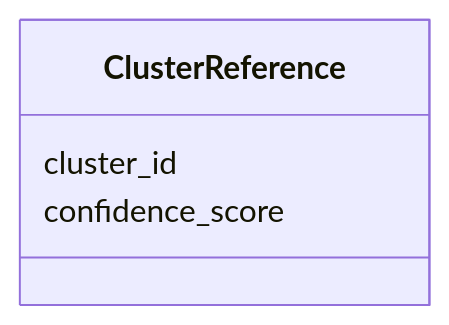
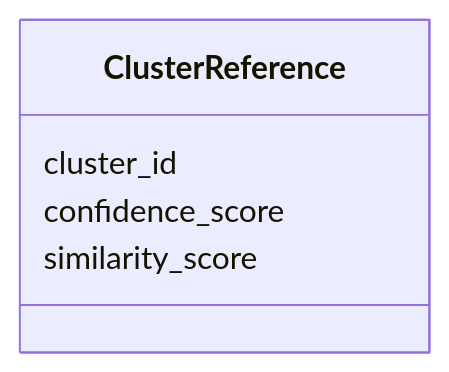
Before and after one commit to OP-TED/entity-resolution-spec: the diagram in docs/schema/ClusterReference.md, drawn with Mermaid. The commit also changed other lines of this file and 12 other files, not shown here.

Commit message:
feat: add similarity score

````diff
--- a/docs/schema/ClusterReference.md
+++ b/docs/schema/ClusterReference.md
@@ -32,10 +32,12 @@
 ```mermaid
  classDiagram
     class ClusterReference
     click ClusterReference href "../ClusterReference/"
       ClusterReference : cluster_id
         
       ClusterReference : confidence_score
         
+      ClusterReference : similarity_score
+        
       
 ```
````
